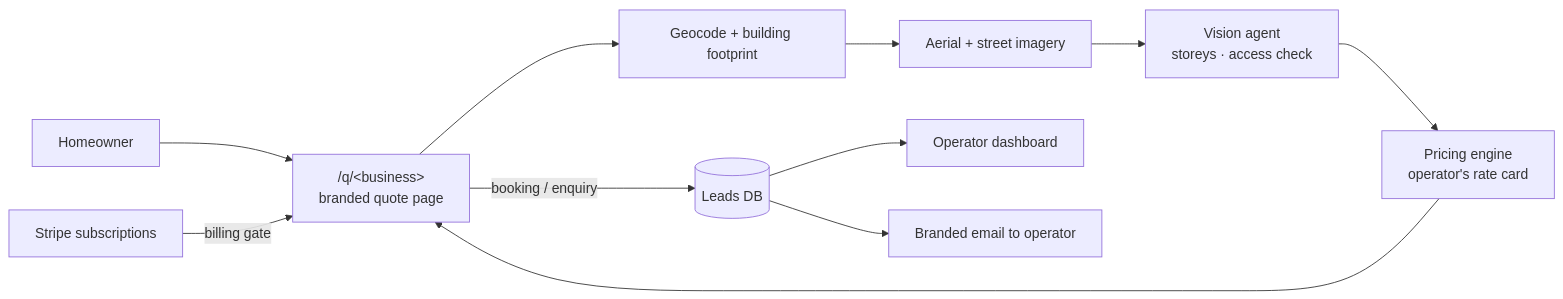
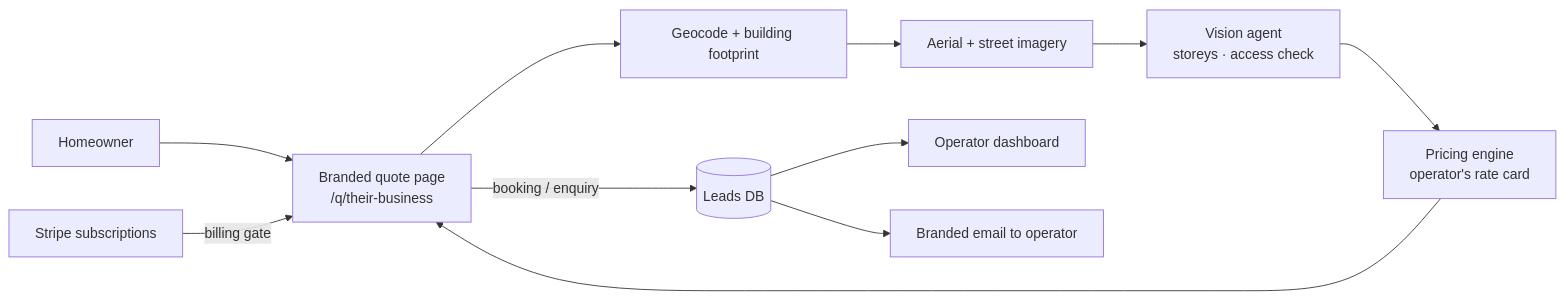
The diagram in README.md (reubenparsons/instant-quote-saas), drawn with Mermaid before and after one commit.

Commit message:
Fix diagram label

````diff
--- a/README.md
+++ b/README.md
@@ -43,13 +43,13 @@
 ```mermaid
 flowchart LR
-    U[Homeowner] --> P["/q/&lt;business&gt;<br/>branded quote page"]
+    U[Homeowner] --> P["Branded quote page<br/>/q/their-business"]
     P --> G[Geocode + building footprint]
     G --> I[Aerial + street imagery]
     I --> V[Vision agent<br/>storeys · access check]
     V --> E[Pricing engine<br/>operator's rate card]
     E --> P
     P -->|booking / enquiry| D[(Leads DB)]
     D --> OD[Operator dashboard]
     D --> M[Branded email to operator]
     S[Stripe subscriptions] -->|billing gate| P
 ```
````
